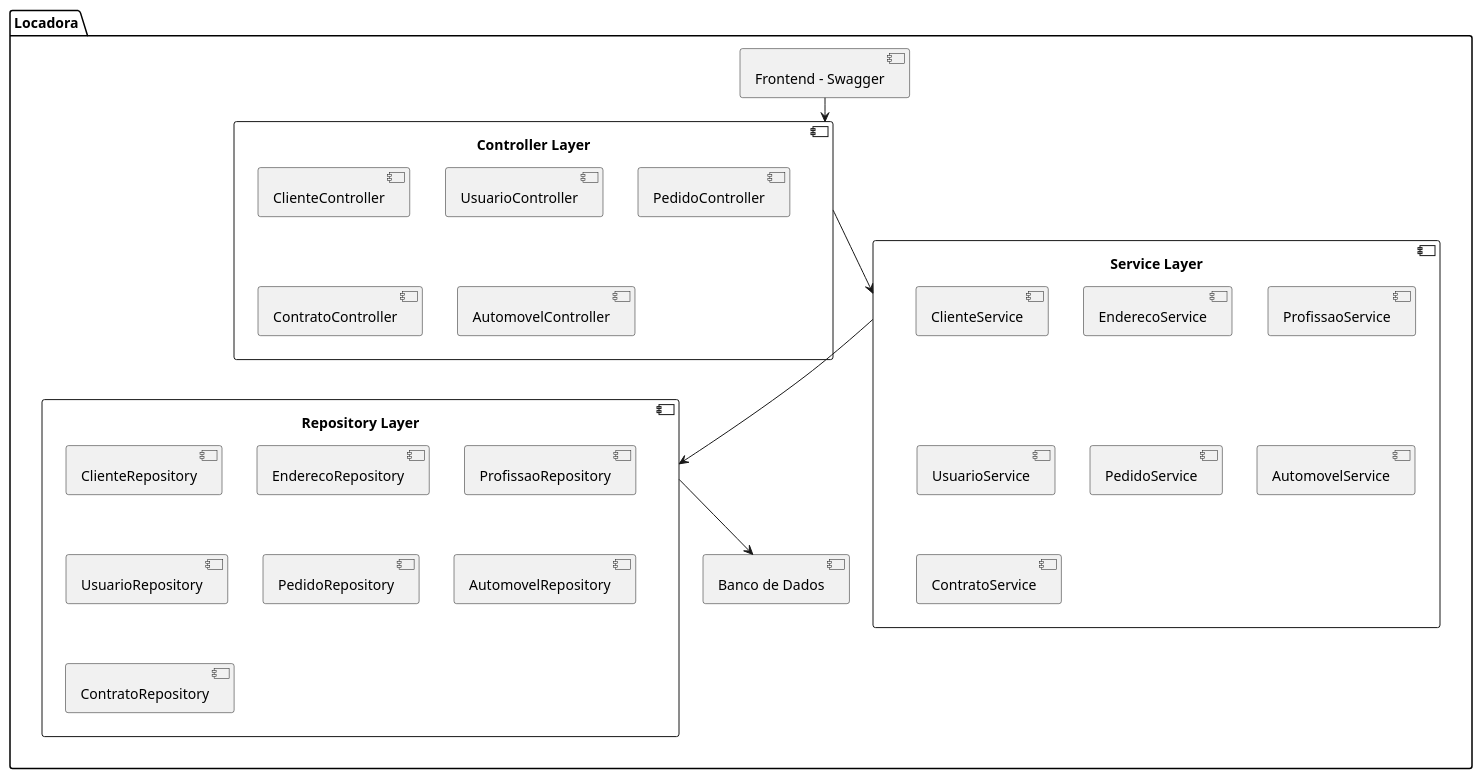
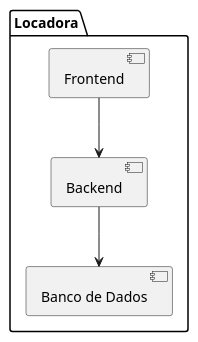
Before and after one commit to pedromaximocampos/Laboratorio-Desenvolvimento-02: the diagram in projeto/diagramaDeComponentes/diagramaDeComponentes.puml, drawn with PlantUML. The commit also changed 4 other files, not shown here.

Commit message:
Correcao de diagramas

```diff
--- a/projeto/diagramaDeComponentes/diagramaDeComponentes.puml
+++ b/projeto/diagramaDeComponentes/diagramaDeComponentes.puml
@@ -1,39 +1,10 @@
 @startuml
 
 package "Locadora" {
-    [Controller Layer] --> [Service Layer]
-    [Service Layer] --> [Repository Layer]
-    [Repository Layer] --> [Banco de Dados]
 
-    [Frontend - Swagger] --> [Controller Layer]
+    [Frontend] --> [Backend]
+    [Backend] --> [Banco de Dados]
 
-        component "Controller Layer" {
-            [ClienteController]
-            [UsuarioController]
-            [PedidoController]
-            [ContratoController]
-            [AutomovelController]
-        }
-
-        component "Service Layer" {
-            [ClienteService]
-            [EnderecoService]
-            [ProfissaoService]
-            [UsuarioService]
-            [PedidoService]
-            [AutomovelService]
-            [ContratoService]
-        }
-
-        component "Repository Layer" {
-            [ClienteRepository]
-            [EnderecoRepository]
-            [ProfissaoRepository]
-            [UsuarioRepository]
-            [PedidoRepository]
-            [AutomovelRepository]
-            [ContratoRepository]
-        }
 }
 
 @enduml
```
